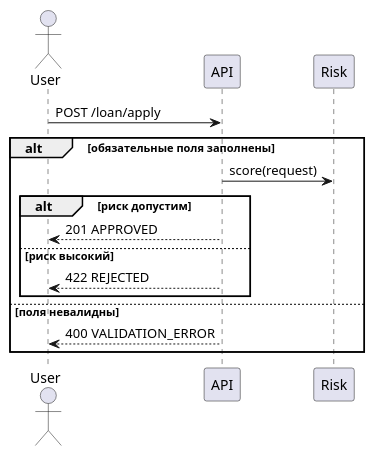
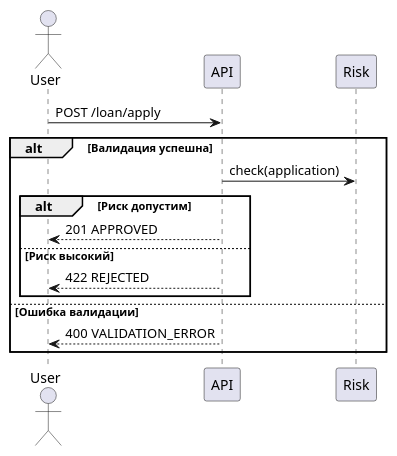
Before and after one commit to iwizy/analyst_kb: the fourth of 8 diagrams in docs/tools/plantuml.md, drawn with PlantUML. The commit also changed other lines of this file, not shown here.

Commit message:
Обновление материалов по PlantUML

````diff
--- a/docs/tools/plantuml.md
+++ b/docs/tools/plantuml.md
@@ -131,19 +144,19 @@
 ```kroki-plantuml
 @startuml
 actor User
 participant API
 participant Risk
 
 User -> API : POST /loan/apply
-alt обязательные поля заполнены
-  API -> Risk : score(request)
-  alt риск допустим
+alt Валидация успешна
+  API -> Risk : check(application)
+  alt Риск допустим
     API --> User : 201 APPROVED
-  else риск высокий
+  else Риск высокий
     API --> User : 422 REJECTED
   end
-else поля невалидны
+else Ошибка валидации
   API --> User : 400 VALIDATION_ERROR
 end
 @enduml
 ```
````
